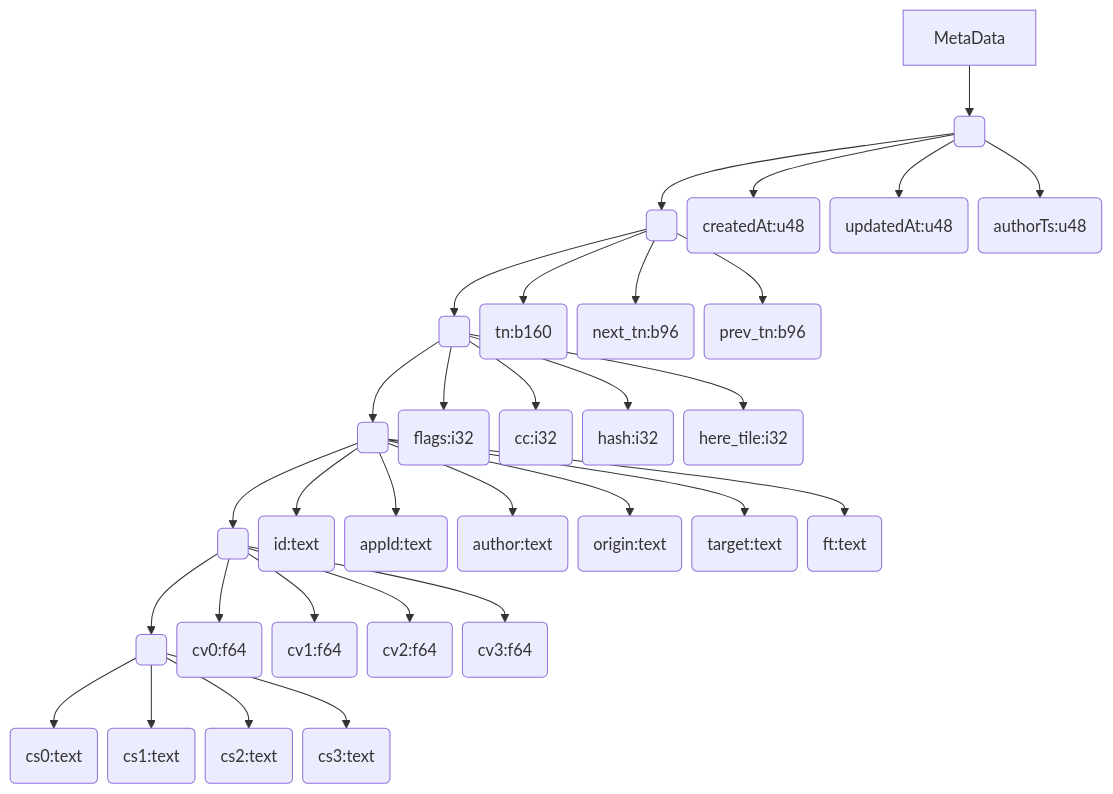
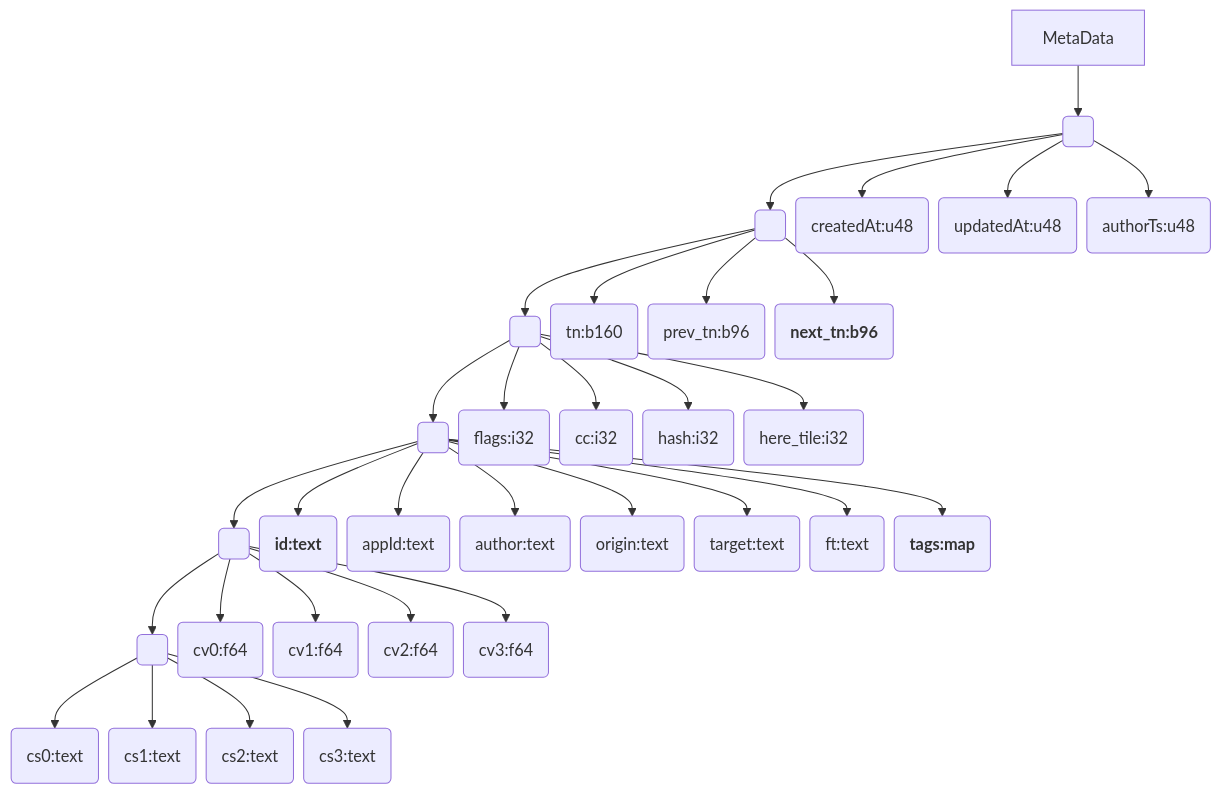
One commit to heremaps/naksha changed the eighth of 11 diagrams in docs/slides/SAL.md. Above: the diagram before and after it, drawn with Mermaid. The commit also changed other lines of this file, not shown here.

````diff
--- a/docs/slides/SAL.md
+++ b/docs/slides/SAL.md
@@ -277,65 +285,67 @@
 ```mermaid
 %%{ init: { "flowchart": { "nodeSpacing": 10, "rankSpacing": 50 } } }%%
 graph TB
   Meta[MetaData]
   R1( )
   R2( )
   R3( )
   R4( )
   R5( )
   R6( )
   cat(createdAt:u48)
   uat(updatedAt:u48)
   ats(authorTs:u48)
   tn(tn:b160)
-  next(next_tn:b96)
   prev(prev_tn:b96)
+  next(<b>next_tn:b96</b>)
   flags(flags:i32)
   cc(cc:i32)
   hash(hash:i32)
   tile(here_tile:i32)
-  id(id:text)
+  id(<b>id:text</b>)
   appId(appId:text)
   author(author:text)
   origin(origin:text)
   target(target:text)
   ft(ft:text)
+  tags(<b>tags:map</b>)
   cv0(cv0:f64)
   cv1(cv1:f64)
   cv2(cv2:f64)
   cv3(cv3:f64)
   cs0(cs0:text)
   cs1(cs1:text)
   cs2(cs2:text)
   cs3(cs3:text)
   Meta-->R1
   R1-->cat
   R1-->uat
   R1-->ats
   R1-->R2
   R2-->tn
   R2-->next
   R2-->prev
   R2-->R3
   R3-->flags
   R3-->cc
   R3-->hash
   R3-->tile
   R3-->R4
   R4-->id
   R4-->appId
   R4-->author
   R4-->origin
   R4-->target
   R4-->ft
+  R4-->tags
   R4-->R5
   R5-->cv0
   R5-->cv1
   R5-->cv2
   R5-->cv3
   R5-->R6
   R6-->cs0
   R6-->cs1
   R6-->cs2
   R6-->cs3
 ```
````
